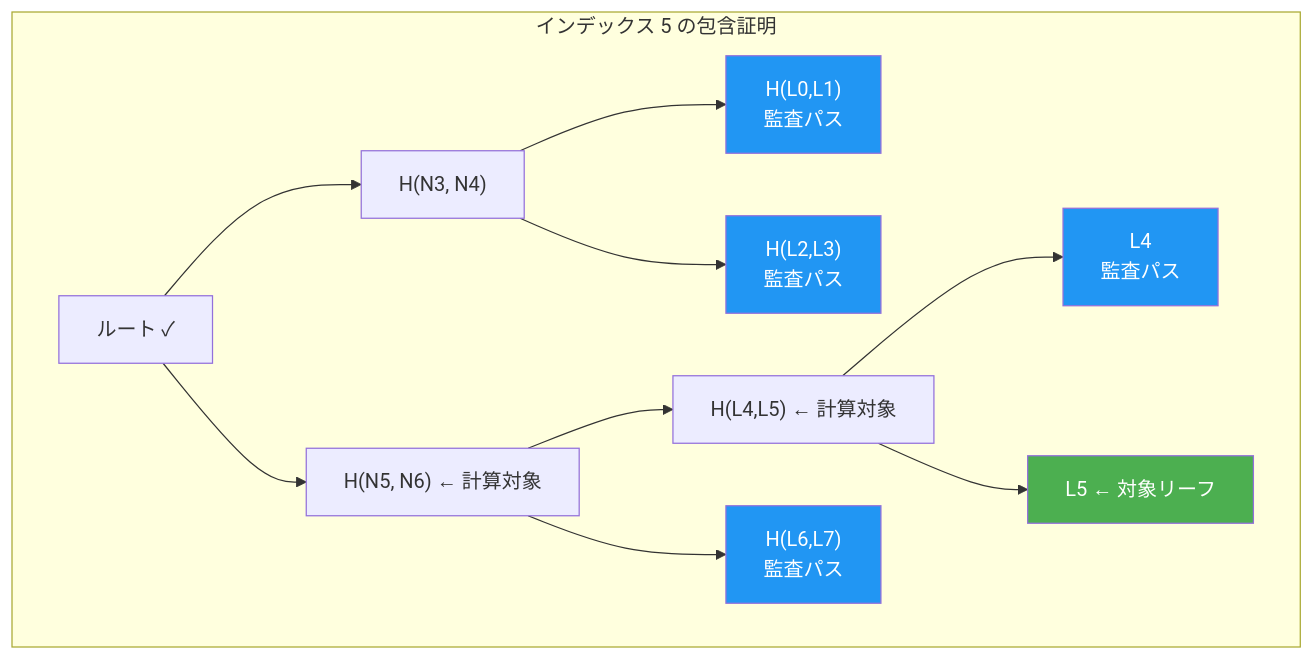
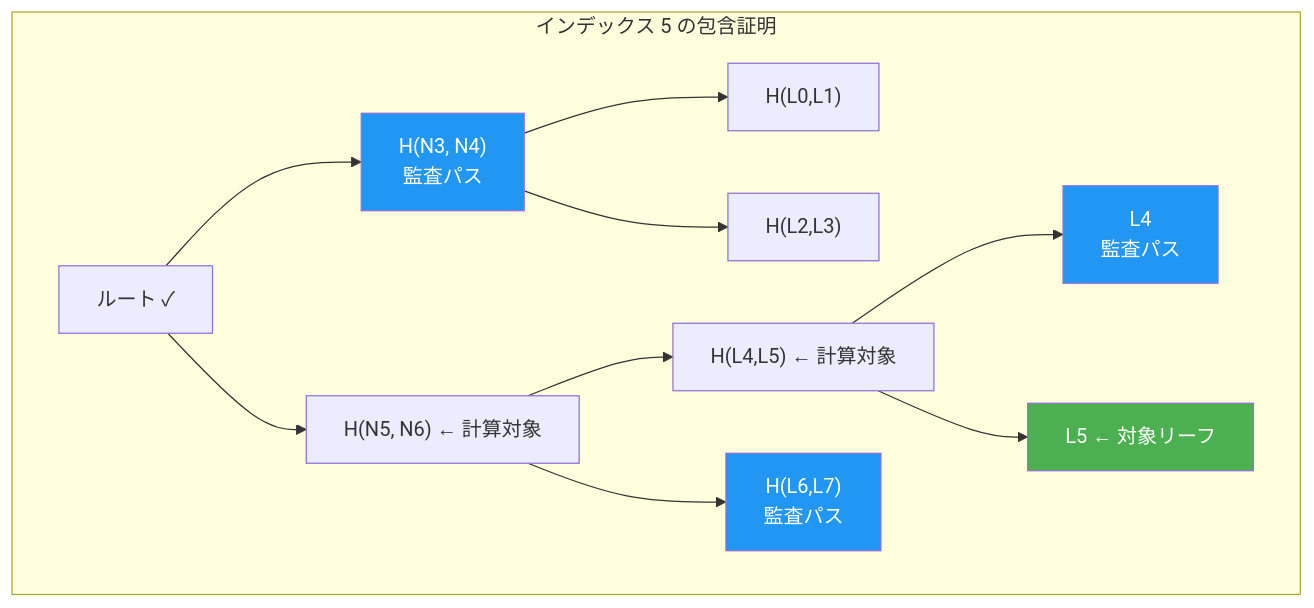
Before and after one commit to hwatanabe-jp/stark-ballot-simulator-public: the third of 3 diagrams in public-book/src/protocol/ct-merkle.md, drawn with Mermaid. The commit also changed other lines of this file and 1491 other files, not shown here.

````diff
--- a/public-book/src/protocol/ct-merkle.md
+++ b/public-book/src/protocol/ct-merkle.md
@@ -185,29 +190,28 @@
 ```mermaid
 graph TD
   subgraph "インデックス 5 の包含証明"
     Root["ルート ✓"]
-    N1["H(N3, N4)"]
+    N1["H(N3, N4)<br/>監査パス"]
     N2["H(N5, N6) ← 計算対象"]
-    N3["H(L0,L1)<br/>監査パス"]
-    N4["H(L2,L3)<br/>監査パス"]
+    N3["H(L0,L1)"]
+    N4["H(L2,L3)"]
     N5["H(L4,L5) ← 計算対象"]
     N6["H(L6,L7)<br/>監査パス"]
     L4["L4<br/>監査パス"]
     L5["L5 ← 対象リーフ"]
 
     Root --> N1
     Root --> N2
     N1 --> N3
     N1 --> N4
     N2 --> N5
     N2 --> N6
     N5 --> L4
     N5 --> L5
   end
 
   style L5 fill:#4CAF50,color:#fff
-  style N3 fill:#2196F3,color:#fff
-  style N4 fill:#2196F3,color:#fff
+  style N1 fill:#2196F3,color:#fff
   style N6 fill:#2196F3,color:#fff
   style L4 fill:#2196F3,color:#fff
 ```
````
